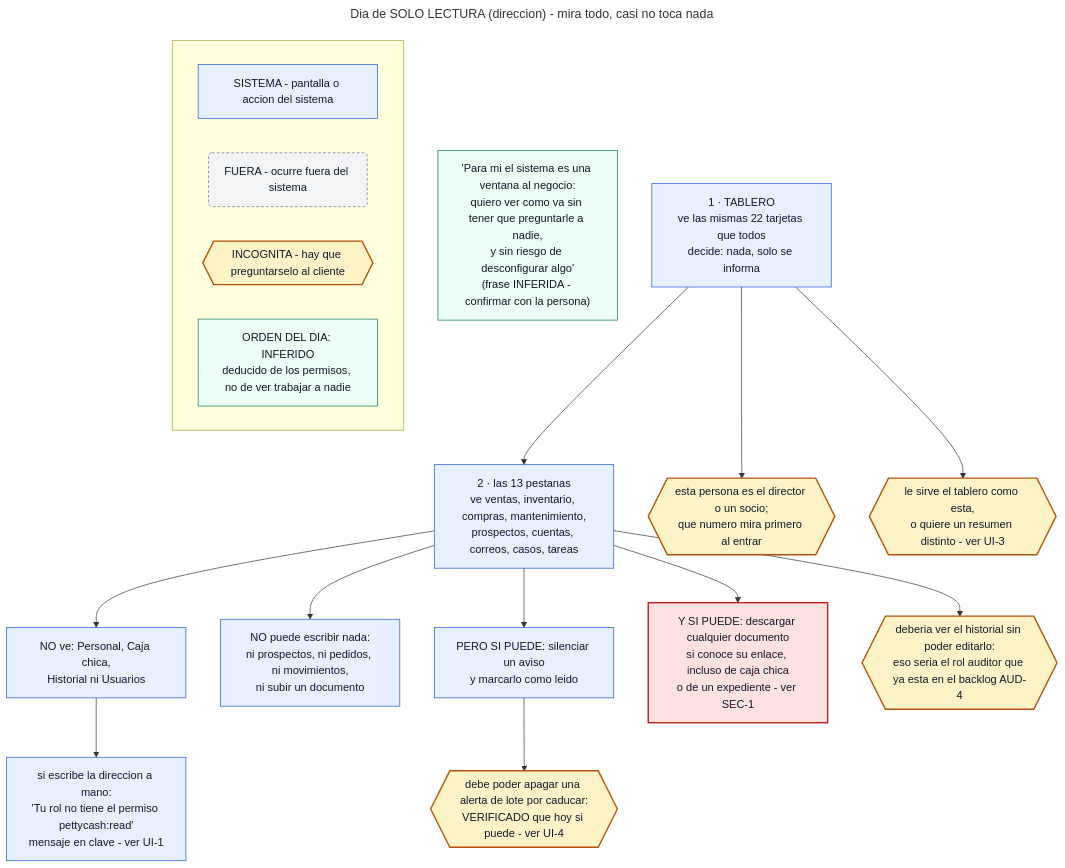
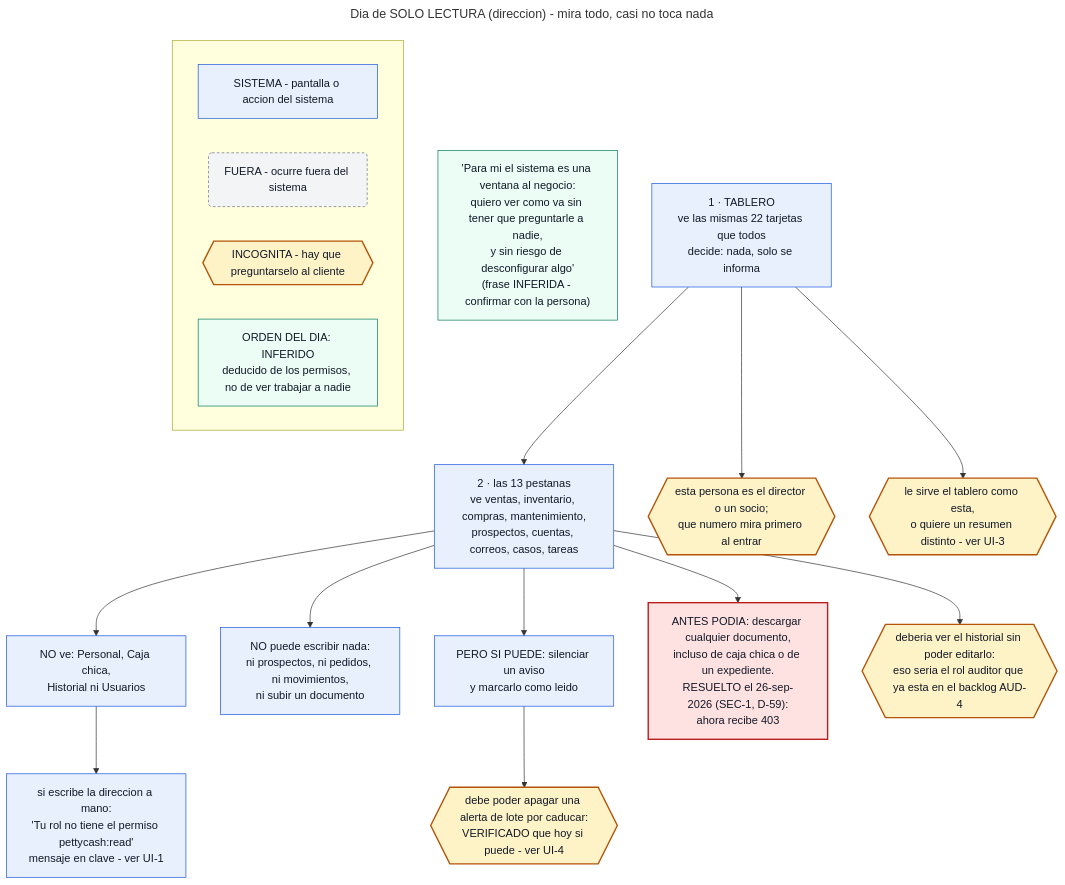
One commit to erimaan13-cmd/lahuerta-crm changed the diagram in docs/diagrams/21_uso_lectura.mmd. Above: the diagram before and after it, drawn with Mermaid. The commit also changed 6 other files, not shown here.

```diff
--- a/docs/diagrams/21_uso_lectura.mmd
+++ b/docs/diagrams/21_uso_lectura.mmd
@@ -1,40 +1,40 @@
 ---
 title: Dia de SOLO LECTURA (direccion) - mira todo, casi no toca nada
 ---
 flowchart TB
   subgraph LEYENDA[" "]
     L1["SISTEMA - pantalla o accion del sistema"]
     L2("FUERA - ocurre fuera del sistema")
     L3{{"INCOGNITA - hay que preguntarselo al cliente"}}
     L4["ORDEN DEL DIA: INFERIDO<br/>deducido de los permisos, no de ver trabajar a nadie"]
   end
 
   F1["'Para mi el sistema es una ventana al negocio:<br/>quiero ver como va sin tener que preguntarle a nadie,<br/>y sin riesgo de desconfigurar algo'<br/>(frase INFERIDA - confirmar con la persona)"]
 
   A1["1 · TABLERO<br/>ve las mismas 22 tarjetas que todos<br/>decide: nada, solo se informa"]
   A1 --> A2["2 · las 13 pestanas<br/>ve ventas, inventario, compras, mantenimiento,<br/>prospectos, cuentas, correos, casos, tareas"]
 
   A2 --> B1["NO ve: Personal, Caja chica,<br/>Historial ni Usuarios"]
   B1 --> B2["si escribe la direccion a mano:<br/>'Tu rol no tiene el permiso pettycash:read'<br/>mensaje en clave - ver UI-1"]
 
   A2 --> C1["NO puede escribir nada:<br/>ni prospectos, ni pedidos, ni movimientos,<br/>ni subir un documento"]
 
   A2 --> D1["PERO SI PUEDE: silenciar un aviso<br/>y marcarlo como leido"]
   D1 --> D2{{"debe poder apagar una alerta de lote por caducar:<br/>VERIFICADO que hoy si puede - ver UI-4"}}
 
-  A2 --> E1["Y SI PUEDE: descargar cualquier documento<br/>si conoce su enlace, incluso de caja chica<br/>o de un expediente - ver SEC-1"]
+  A2 --> E1["ANTES PODIA: descargar cualquier documento,<br/>incluso de caja chica o de un expediente.<br/>RESUELTO el 26-sep-2026 (SEC-1, D-59):<br/>ahora recibe 403"]
 
   A1 --> F2{{"esta persona es el director o un socio;<br/>que numero mira primero al entrar"}}
   A1 --> F3{{"le sirve el tablero como esta,<br/>o quiere un resumen distinto - ver UI-3"}}
   A2 --> F4{{"deberia ver el historial sin poder editarlo:<br/>eso seria el rol auditor que ya esta en el backlog AUD-4"}}
 
   classDef sistema fill:#e8f0fe,stroke:#1a56db,color:#111827
   classDef fuera fill:#f3f4f6,stroke:#6b7280,color:#111827,stroke-dasharray: 4 3
   classDef incognita fill:#fef3c7,stroke:#b45309,color:#111827,stroke-width:2px
   classDef frase fill:#ecfdf5,stroke:#047857,color:#111827
   classDef riesgo fill:#fee2e2,stroke:#b91c1c,color:#111827,stroke-width:2px
   class L1,A1,A2,B1,B2,C1,D1 sistema
   class L2 fuera
   class L3,D2,F2,F3,F4 incognita
   class F1,L4 frase
   class E1 riesgo
```
